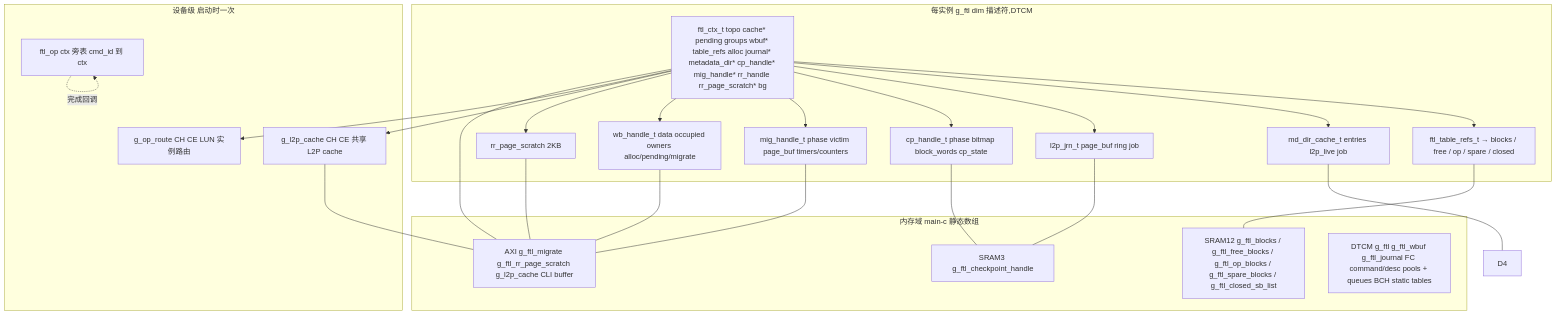
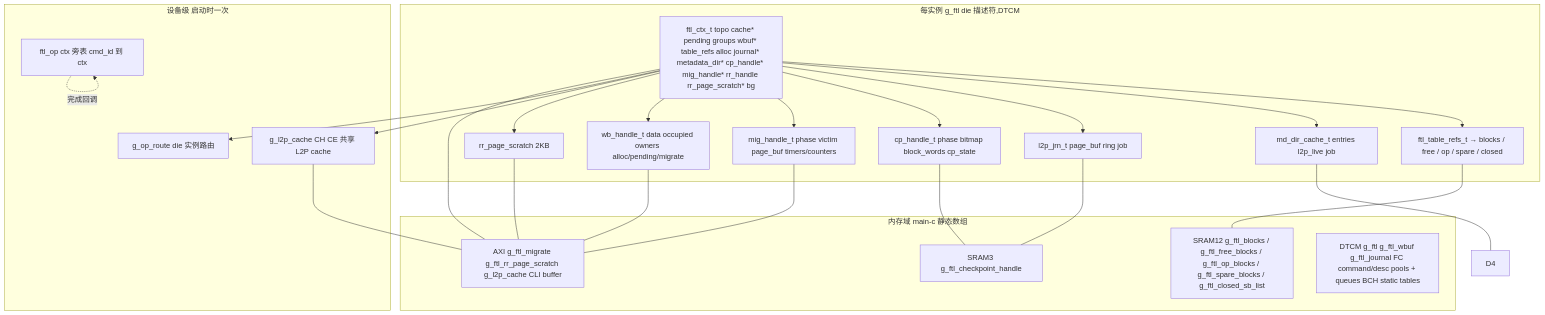
One commit to YzYMIAO/BASESSD changed diagram 33 of 33 in docs/design/ftl_design.md. Above: the diagram before and after it, drawn with Mermaid. The commit also changed other lines of this file and 30 other files, not shown here.

First line of the commit message:
refactor(ftl): 运行时 die 拓扑、逐 LUN 探测与 die 索引路由

````diff
--- a/docs/design/ftl_design.md
+++ b/docs/design/ftl_design.md
@@ -4672,46 +4697,46 @@
 ```mermaid
 flowchart TB
     subgraph "设备级 启动时一次"
-        ROUTE["g_op_route CH CE LUN 实例路由"]
+        ROUTE["g_op_route die 实例路由"]
         CT["ftl_op ctx 旁表 cmd_id 到 ctx"]
         LC["g_l2p_cache CH CE 共享 L2P cache"]
     end
 
-    subgraph "每实例 g_ftl dim 描述符,DTCM"
+    subgraph "每实例 g_ftl die 描述符,DTCM"
         CTX["ftl_ctx_t topo cache* pending groups wbuf* table_refs alloc journal* metadata_dir* cp_handle* mig_handle* rr_handle rr_page_scratch* bg"]
         TAB["ftl_table_refs_t → blocks / free / op / spare / closed"]
         MD["md_dir_cache_t entries l2p_live job"]
         JRN["l2p_jrn_t page_buf ring job"]
         CPJ["cp_handle_t phase bitmap block_words cp_state"]
         MIG["mig_handle_t phase victim page_buf timers/counters"]
         WB["wb_handle_t data occupied owners alloc/pending/migrate"]
         RRS["rr_page_scratch 2KB"]
     end
 
     subgraph "内存域 main-c 静态数组"
         D12["SRAM12 g_ftl_blocks / g_ftl_free_blocks / g_ftl_op_blocks / g_ftl_spare_blocks / g_ftl_closed_sb_list"]
         D3["SRAM3 g_ftl_checkpoint_handle"]
         AX["AXI g_ftl_migrate g_ftl_rr_page_scratch g_l2p_cache CLI buffer"]
         DT["DTCM g_ftl g_ftl_wbuf g_ftl_journal FC command/desc pools + queues BCH static tables"]
     end
 
     CTX --> TAB
     CTX --> MD
     CTX --> JRN
     CTX --> CPJ
     CTX --> MIG
     CTX --> WB
     CTX --> RRS
     CTX --> LC
     CTX --> ROUTE
     CT -.->|完成回调| CT
     TAB --- D12
     CPJ --- D3
     JRN --- D3
     MD --- D4
     MIG --- AX
     WB --- AX
     RRS --- AX
     CTX --- AX
     LC --- AX
 ```
````
